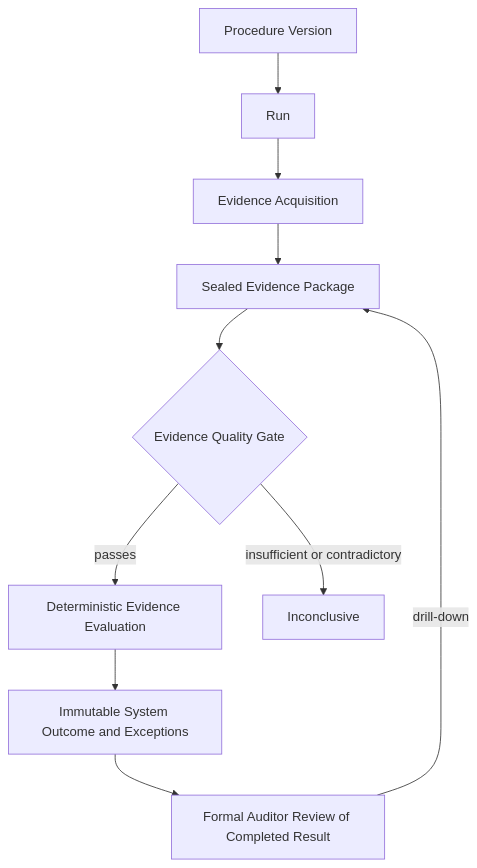
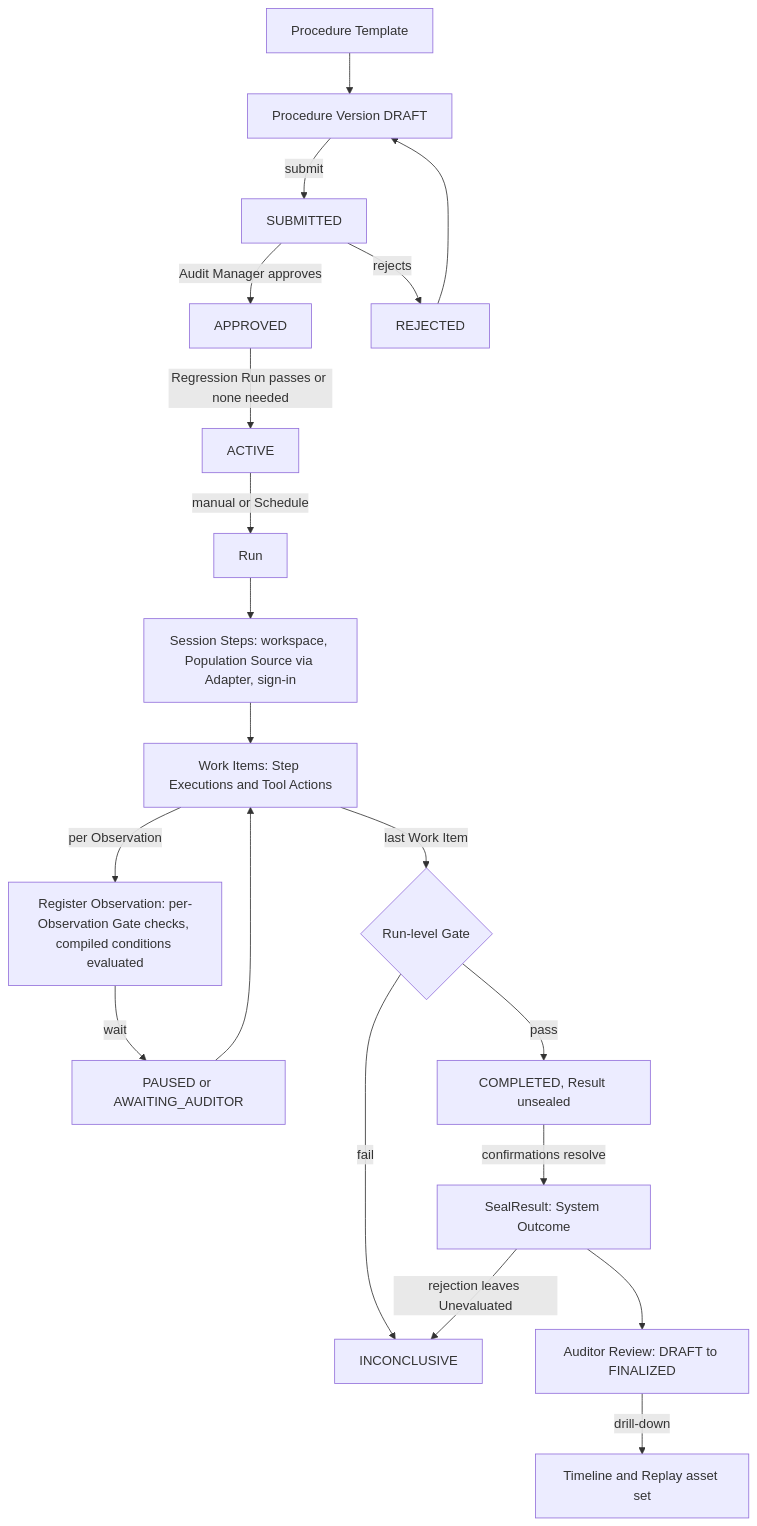
The second of 4 diagrams in _bmad-output/planning-artifacts/architecture/architecture-IntelliFin Audit-2026-09-01/ARCHITECTURE-SPINE.md (raeltec-systems/intellifin-audit), drawn with Mermaid before and after one commit. The commit also changed other lines of this file and 1 other file, not shown here.

First line of the commit message:
Re-distill architecture spine to revision 2 against PRD rev 2 and UX spines

````diff
--- a/_bmad-output/planning-artifacts/architecture/architecture-IntelliFin Audit-2026-09-01/ARCHITECTURE-SPINE.md
+++ b/_bmad-output/planning-artifacts/architecture/architecture-IntelliFin Audit-2026-09-01/ARCHITECTURE-SPINE.md
@@ -44,12 +48,21 @@
 ```mermaid
 flowchart TD
-  procedure[Procedure Version] --> run[Run]
-  run --> acquisition[Evidence Acquisition]
-  acquisition --> package[Sealed Evidence Package]
-  package --> gate{Evidence Quality Gate}
-  gate -->|passes| evaluation[Deterministic Evidence Evaluation]
-  gate -->|insufficient or contradictory| inconclusive[Inconclusive]
-  evaluation --> result[Immutable System Outcome and Exceptions]
-  result --> review[Formal Auditor Review of Completed Result]
-  review -->|drill-down| package
+  template[Procedure Template] --> draft[Procedure Version DRAFT]
+  draft -->|submit| submitted[SUBMITTED]
+  submitted -->|Audit Manager approves| approved[APPROVED]
+  submitted -->|rejects| rejected[REJECTED] --> draft
+  approved -->|Regression Run passes or none needed| active[ACTIVE]
+  active -->|manual or Schedule| run[Run]
+  run --> session[Session Steps: workspace, Population Source via Adapter, sign-in]
+  session --> work[Work Items: Step Executions and Tool Actions]
+  work -->|per Observation| register[Register Observation: per-Observation Gate checks, compiled conditions evaluated]
+  register -->|wait| human[PAUSED or AWAITING_AUDITOR]
+  human --> work
+  work -->|last Work Item| gate{Run-level Gate}
+  gate -->|fail| inconclusive[INCONCLUSIVE]
+  gate -->|pass| completed[COMPLETED, Result unsealed]
+  completed -->|confirmations resolve| seal[SealResult: System Outcome]
+  seal -->|rejection leaves Unevaluated| inconclusive
+  seal --> review[Auditor Review: DRAFT to FINALIZED]
+  review -->|drill-down| replay[Timeline and Replay asset set]
 ```
````
